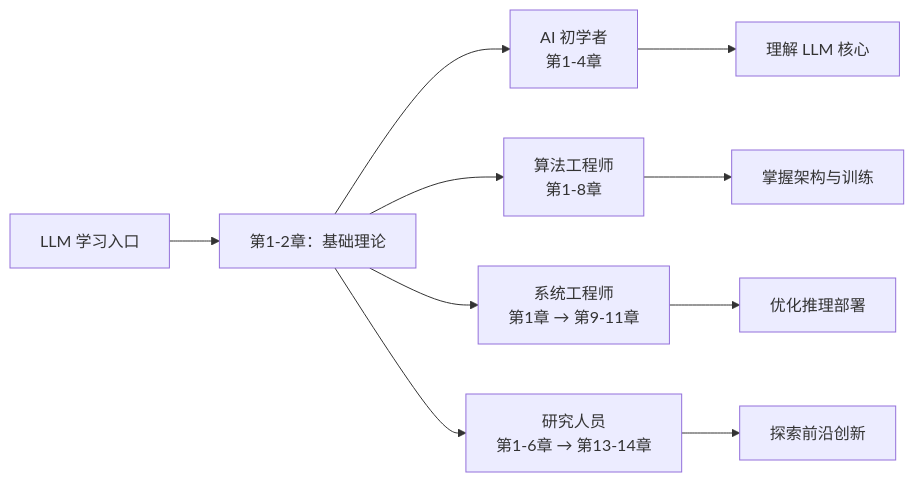
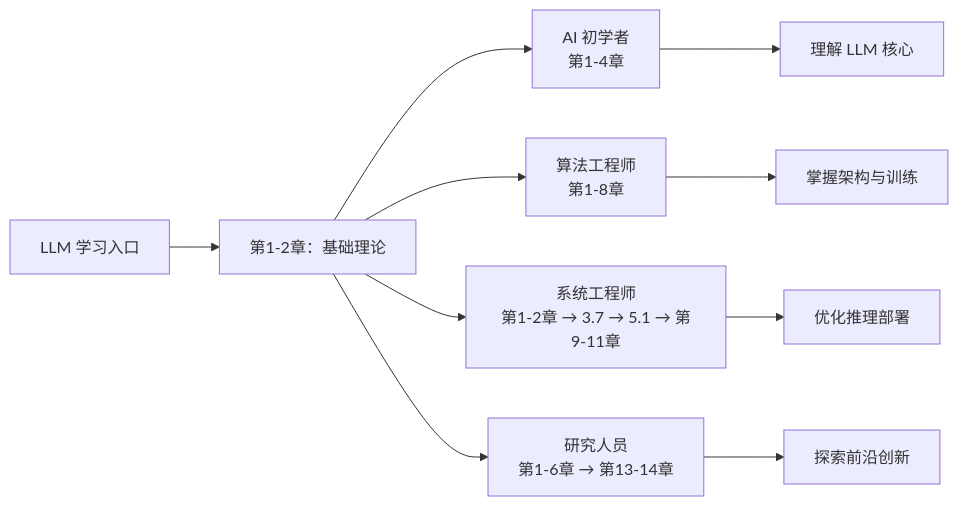
One commit to yeasy/llm_internals changed the diagram in README.md. Above: the diagram before and after it, drawn with Mermaid. The commit also changed other lines of this file and 47 other files, not shown here.

````diff
--- a/README.md
+++ b/README.md
@@ -75,14 +76,14 @@
 ```mermaid
 graph LR
     Start[LLM 学习入口] --> Ch1[第1-2章：基础理论]
 
     Ch1 --> Role1["AI 初学者<br/>第1-4章"]
     Ch1 --> Role2["算法工程师<br/>第1-8章"]
-    Ch1 --> Role3["系统工程师<br/>第1章 → 第9-11章"]
+    Ch1 --> Role3["系统工程师<br/>第1-2章 → 3.7 → 5.1 → 第9-11章"]
     Ch1 --> Role4["研究人员<br/>第1-6章 → 第13-14章"]
 
     Role1 --> End1["理解 LLM 核心"]
     Role2 --> End2["掌握架构与训练"]
     Role3 --> End3["优化推理部署"]
     Role4 --> End4["探索前沿创新"]
 ```
````
